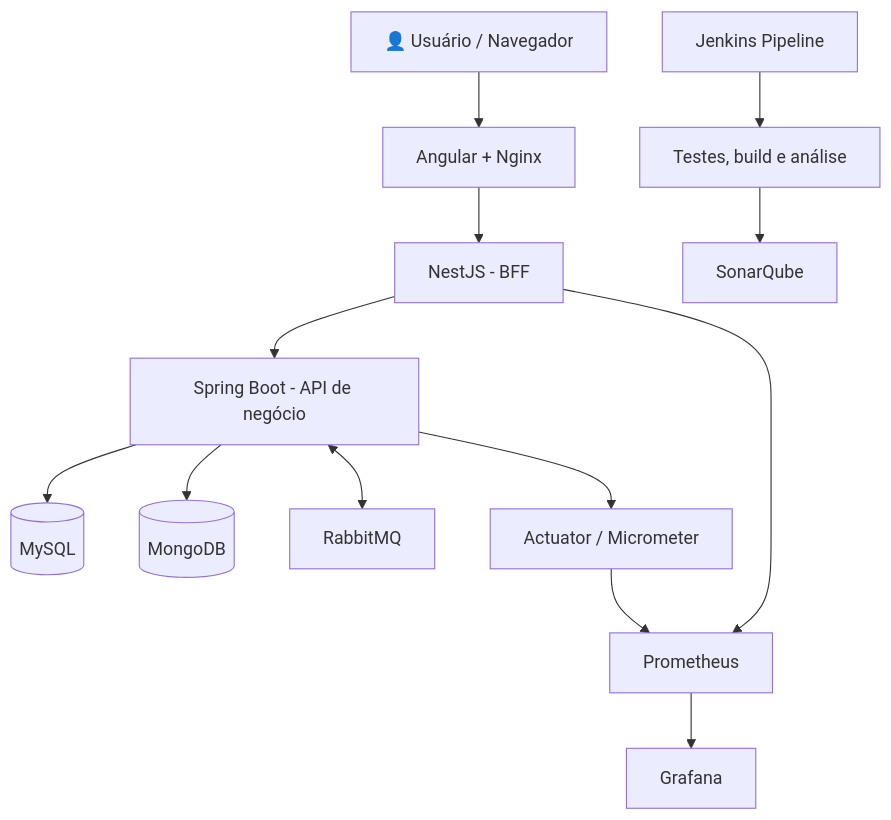
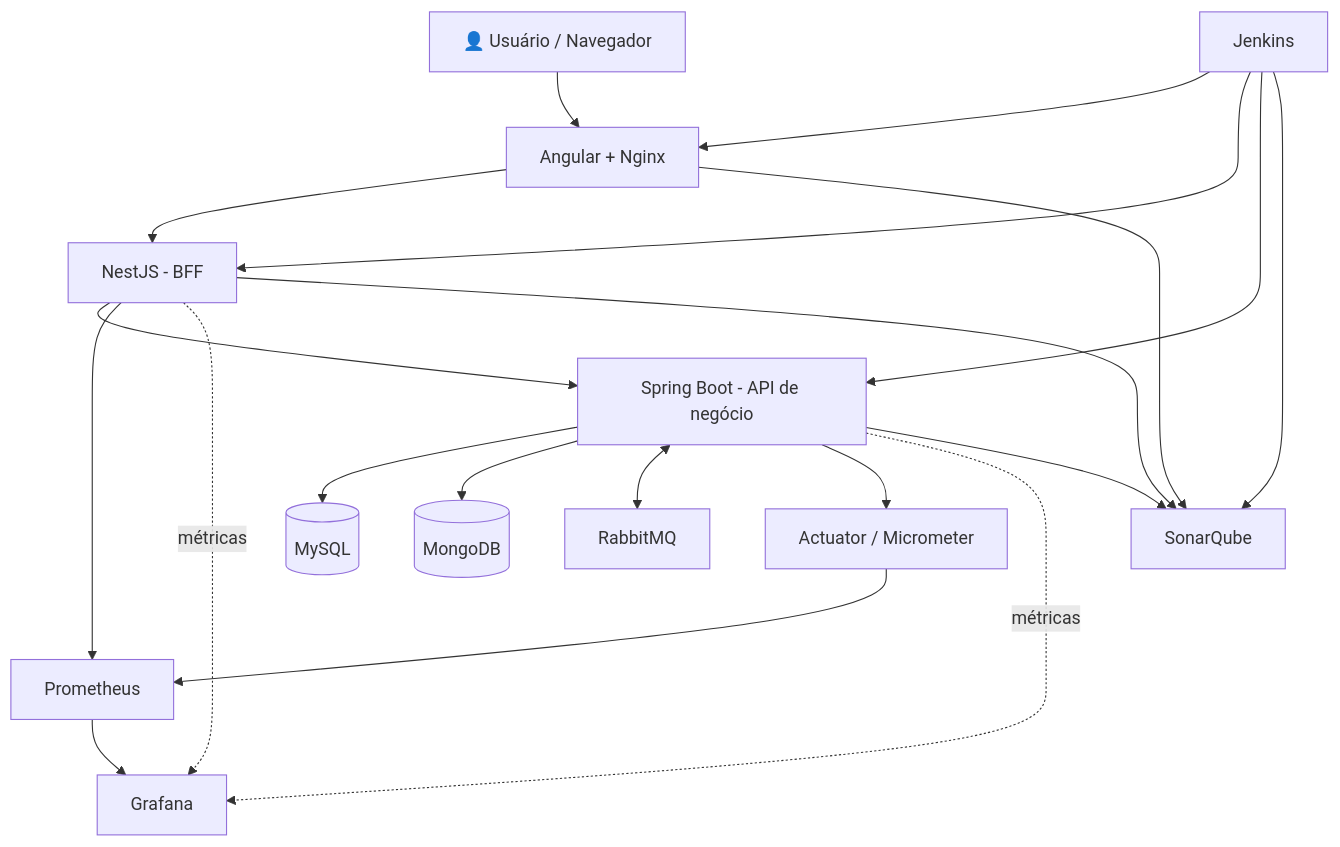
One commit to KalleoLeandro/sistema-gerencial-fullstack changed the diagram in README.md. Above: the diagram before and after it, drawn with Mermaid. The commit also changed other lines of this file, not shown here.

````diff
--- a/README.md
+++ b/README.md
@@ -62,15 +64,25 @@
 ```mermaid
 flowchart TB
     U[👤 Usuário / Navegador] --> FE[Angular + Nginx]
     FE --> BFF[NestJS - BFF]
     BFF --> API[Spring Boot - API de negócio]
+
     API --> SQL[(MySQL)]
     API --> MONGO[(MongoDB)]
     API <--> MQ[RabbitMQ]
+
     API --> MET[Actuator / Micrometer]
     BFF --> PROM[Prometheus]
     MET --> PROM
     PROM --> GRAF[Grafana]
-    CI[Jenkins Pipeline] --> TEST[Testes, build e análise]
-    TEST --> SONAR[SonarQube]
+    API -. métricas .-> GRAF
+    BFF -. métricas .-> GRAF
+
+    JENKINS[Jenkins] --> FE
+    JENKINS --> BFF
+    JENKINS --> API
+    FE --> SONAR[SonarQube]
+    BFF --> SONAR
+    API --> SONAR
+    JENKINS --> SONAR
 ```
````
